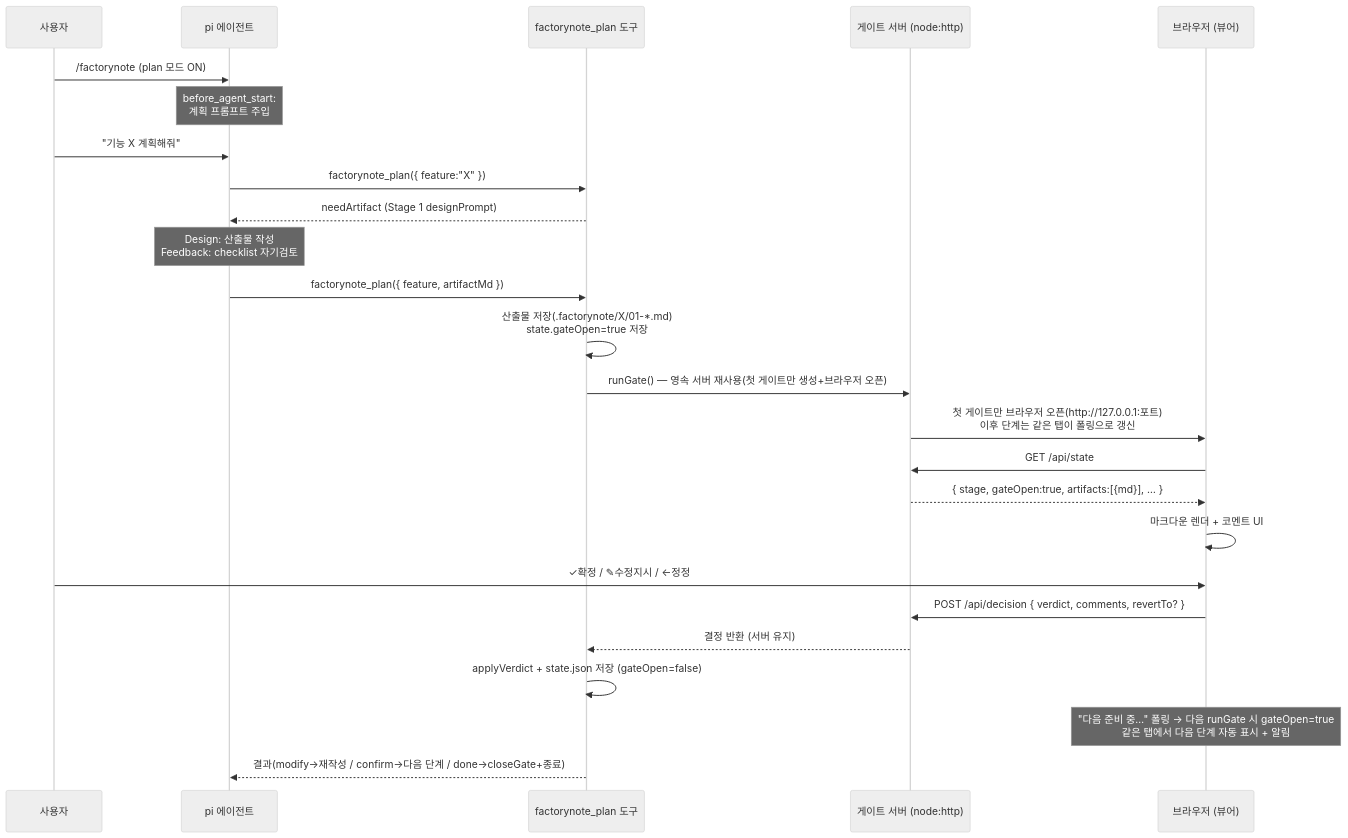
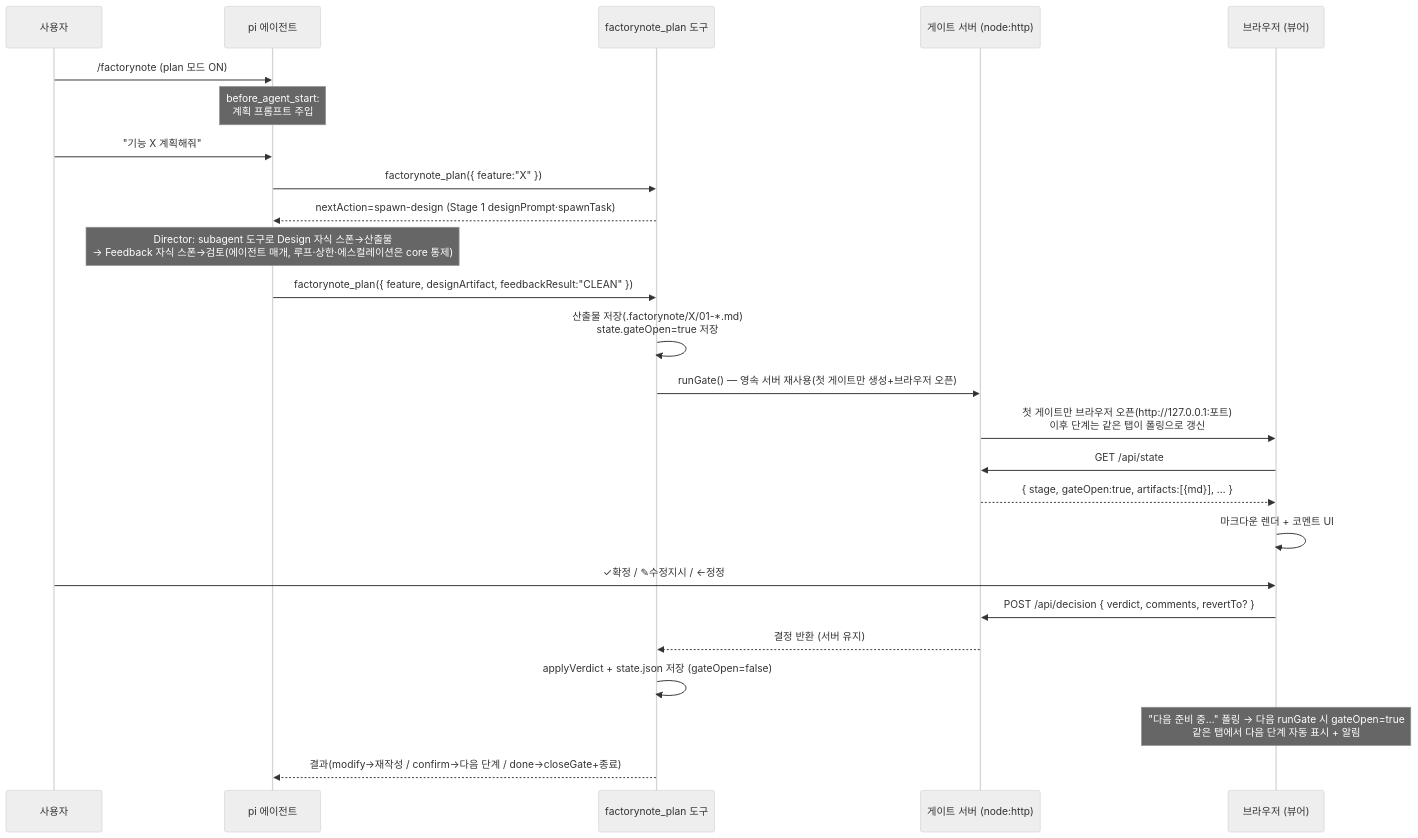
The diagram in vault/01-architecture/implementation-architecture.md (BIGSUNGG/FactoryNote), drawn with Mermaid (neutral theme) before and after one commit. The commit also changed other lines of this file and 39 other files, not shown here.

````diff
--- a/vault/01-architecture/implementation-architecture.md
+++ b/vault/01-architecture/implementation-architecture.md
@@ -69,27 +69,27 @@
 ```mermaid
 sequenceDiagram
     participant U as 사용자
     participant Pi as pi 에이전트
     participant T as factorynote_plan 도구
     participant S as 게이트 서버 (node:http)
     participant W as 브라우저 (뷰어)
     U->>Pi: /factorynote (plan 모드 ON)
     Note over Pi: before_agent_start:<br/>계획 프롬프트 주입
     U->>Pi: "기능 X 계획해줘"
     Pi->>T: factorynote_plan({ feature:"X" })
-    T-->>Pi: needArtifact (Stage 1 designPrompt)
-    Note over Pi: Design: 산출물 작성<br/>Feedback: checklist 자기검토
-    Pi->>T: factorynote_plan({ feature, artifactMd })
+    T-->>Pi: nextAction=spawn-design (Stage 1 designPrompt·spawnTask)
+    Note over Pi: Director: subagent 도구로 Design 자식 스폰→산출물<br/>→ Feedback 자식 스폰→검토(에이전트 매개, 루프·상한·에스컬레이션은 core 통제)
+    Pi->>T: factorynote_plan({ feature, designArtifact, feedbackResult:"CLEAN" })
     T->>T: 산출물 저장(.factorynote/X/01-*.md)<br/>state.gateOpen=true 저장
     T->>S: runGate() — 영속 서버 재사용(첫 게이트만 생성+브라우저 오픈)
     S->>W: 첫 게이트만 브라우저 오픈(http://127.0.0.1:포트)<br/>이후 단계는 같은 탭이 폴링으로 갱신
     W->>S: GET /api/state
     S-->>W: { stage, gateOpen:true, artifacts:[{md}], … }
     W->>W: 마크다운 렌더 + 코멘트 UI
     U->>W: ✓확정 / ✎수정지시 / ←정정
     W->>S: POST /api/decision { verdict, comments, revertTo? }
     S-->>T: 결정 반환 (서버 유지)
     T->>T: applyVerdict + state.json 저장 (gateOpen=false)
     Note over W: "다음 준비 중…" 폴링 → 다음 runGate 시 gateOpen=true<br/>같은 탭에서 다음 단계 자동 표시 + 알림
     T-->>Pi: 결과(modify→재작성 / confirm→다음 단계 / done→closeGate+종료)
 ```
````
